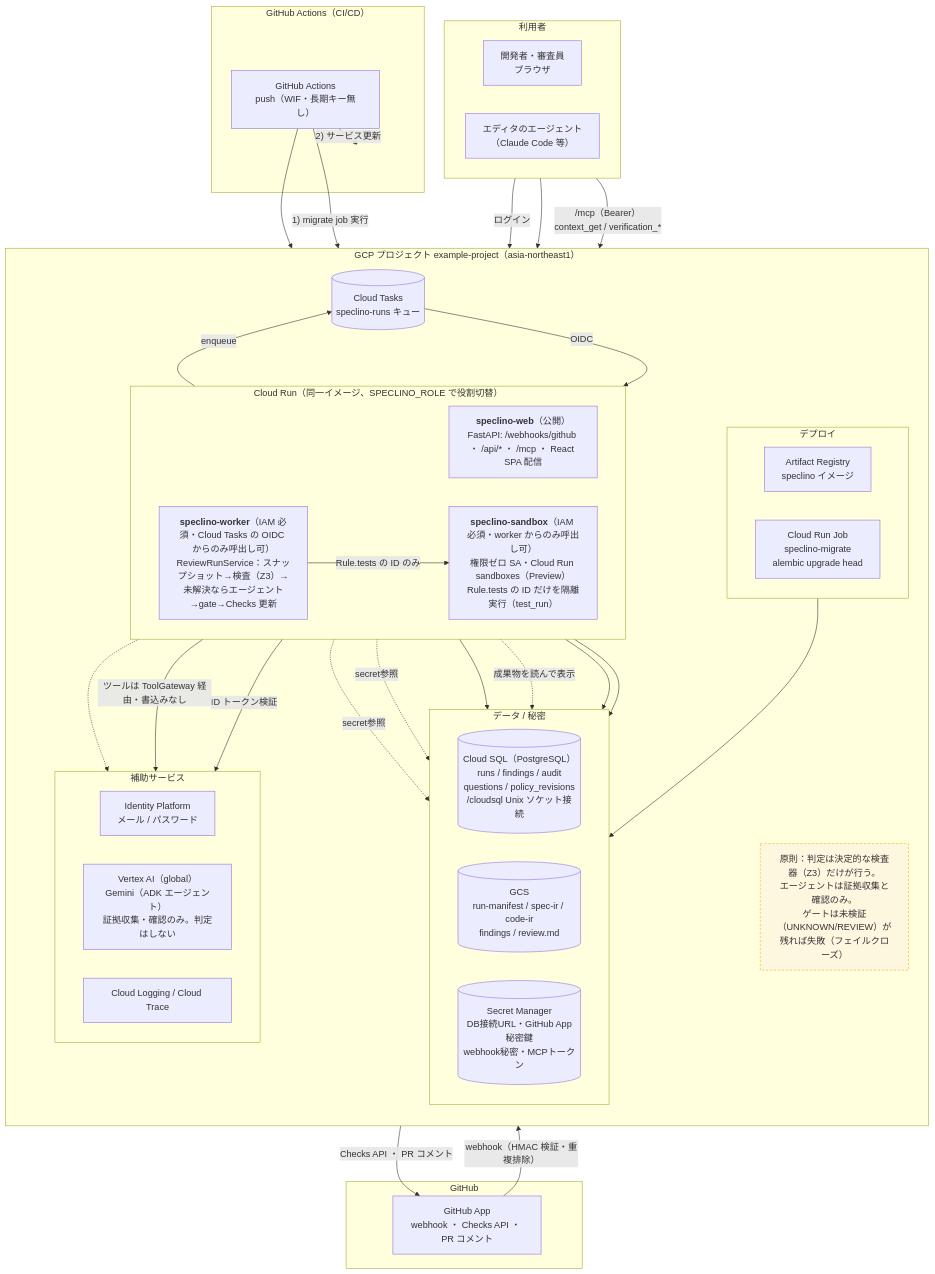
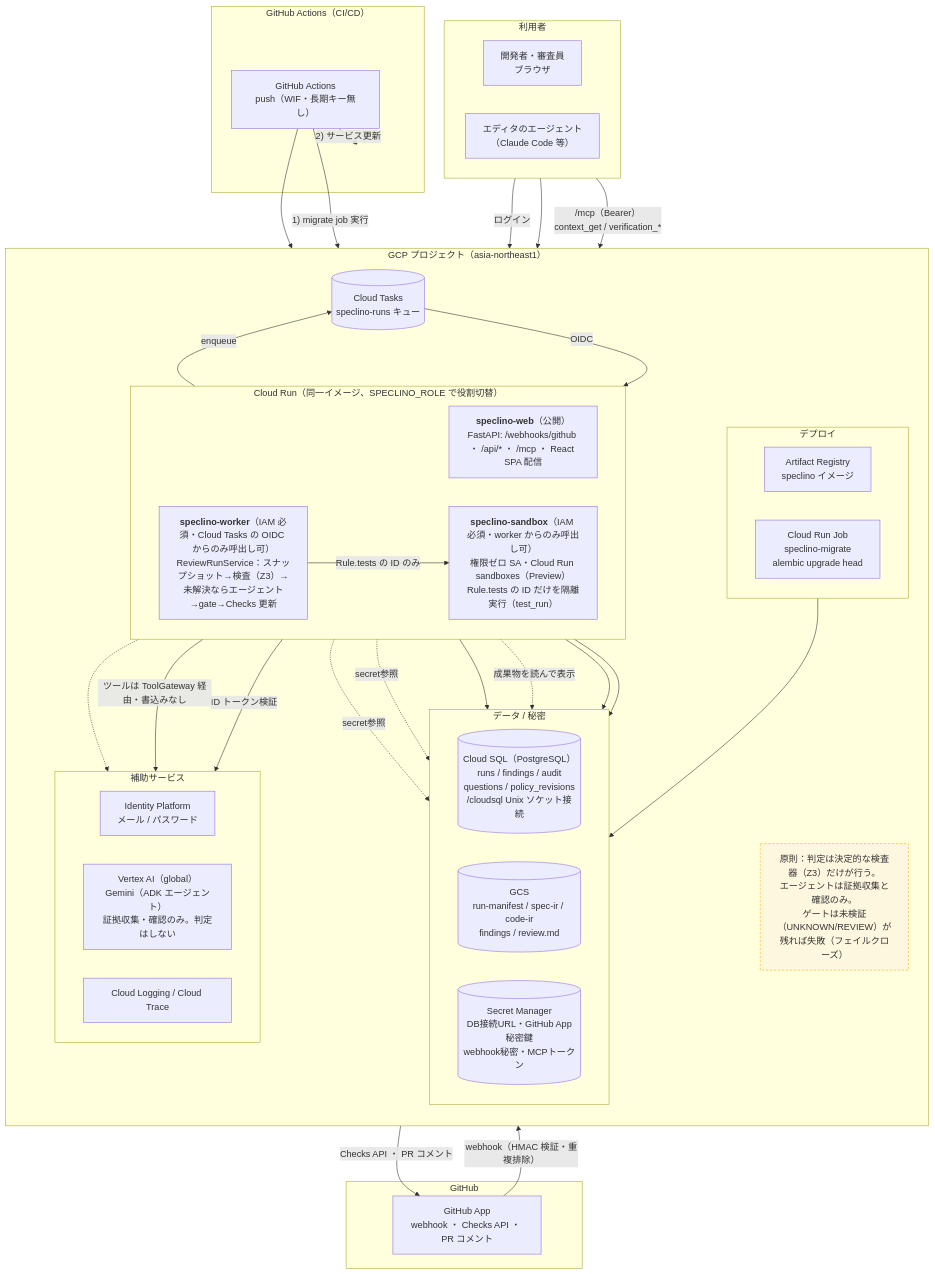
The first of 2 diagrams in README.md (tanabe-yudai/speclino), drawn with Mermaid before and after one commit. The commit also changed 14 other files, not shown here.

````diff
--- a/README.md
+++ b/README.md
@@ -46,78 +46,78 @@
 ```mermaid
 flowchart TB
   subgraph USERS["利用者"]
     direction LR
     DEV["開発者・審査員<br/>ブラウザ"]
     ED["エディタのエージェント<br/>（Claude Code 等）"]
   end
 
   subgraph GHAPPSG["GitHub"]
     GHAPP["GitHub App<br/>webhook ・ Checks API ・ PR コメント"]
   end
 
-  subgraph GCP["GCP プロジェクト example-project（asia-northeast1）"]
+  subgraph GCP["GCP プロジェクト（asia-northeast1）"]
     direction TB
 
     subgraph GCP_RUN["Cloud Run（同一イメージ、SPECLINO_ROLE で役割切替）"]
       direction LR
       WEB["<b>speclino-web</b>（公開）<br/>FastAPI: /webhooks/github ・ /api/* ・ /mcp ・ React SPA 配信"]
       WORKER["<b>speclino-worker</b>（IAM 必須・Cloud Tasks の OIDC からのみ呼出し可）<br/>ReviewRunService：スナップショット→検査（Z3）→未解決ならエージェント→gate→Checks 更新"]
       SANDBOX["<b>speclino-sandbox</b>（IAM 必須・worker からのみ呼出し可）<br/>権限ゼロ SA・Cloud Run sandboxes（Preview）<br/>Rule.tests の ID だけを隔離実行（test_run）"]
     end
 
     TASKS[("Cloud Tasks<br/>speclino-runs キュー")]
 
     subgraph GCP_DATA["データ / 秘密"]
       direction LR
       SQL[("Cloud SQL（PostgreSQL）<br/>runs / findings / audit<br/>questions / policy_revisions<br/>/cloudsql Unix ソケット接続")]
       GCS[("GCS<br/>run-manifest / spec-ir / code-ir<br/>findings / review.md")]
       SECRETS[("Secret Manager<br/>DB接続URL・GitHub App秘密鍵<br/>webhook秘密・MCPトークン")]
     end
 
     subgraph GCP_AUX["補助サービス"]
       direction LR
       IDP["Identity Platform<br/>メール / パスワード"]
       VERTEX["Vertex AI（global）<br/>Gemini（ADK エージェント）<br/>証拠収集・確認のみ。判定はしない"]
       OBS["Cloud Logging / Cloud Trace"]
     end
 
     subgraph GCP_DEPLOY["デプロイ"]
       direction LR
       AR["Artifact Registry<br/>speclino イメージ"]
       MIGRATE["Cloud Run Job<br/>speclino-migrate<br/>alembic upgrade head"]
     end
 
     NOTE["原則：判定は決定的な検査器（Z3）だけが行う。<br/>エージェントは証拠収集と確認のみ。<br/>ゲートは未検証（UNKNOWN/REVIEW）が残れば失敗（フェイルクローズ）"]
   end
 
   subgraph GHACTSG["GitHub Actions（CI/CD）"]
     GHACT["GitHub Actions<br/>push（WIF・長期キー無し）"]
   end
 
   DEV -- "ログイン" --> IDP
   DEV --> WEB
   ED -- "/mcp（Bearer）<br/>context_get / verification_*" --> WEB
   GHAPP -- "webhook（HMAC 検証・重複排除）" --> WEB
   WEB -- "ID トークン検証" --> IDP
   WEB -- enqueue --> TASKS
   TASKS -- OIDC --> WORKER
   WORKER -- "Checks API ・ PR コメント" --> GHAPP
   WORKER -- "ツールは ToolGateway 経由・書込みなし" --> VERTEX
   WORKER -- "Rule.tests の ID のみ" --> SANDBOX
   WEB --> SQL
   WORKER --> SQL
   MIGRATE --> SQL
   WEB -. "成果物を読んで表示" .-> GCS
   WORKER --> GCS
   WEB -. secret参照 .-> SECRETS
   WORKER -. secret参照 .-> SECRETS
 
   GHACT --> AR
   GHACT -- "1) migrate job 実行" --> MIGRATE
   GHACT -- "2) サービス更新" --> GCP_RUN
 
   GCP_RUN -.-> OBS
 
   classDef note fill:#fef7e0,stroke:#f9ab00,stroke-dasharray: 4 3,color:#333
   class NOTE note
 ```
````
